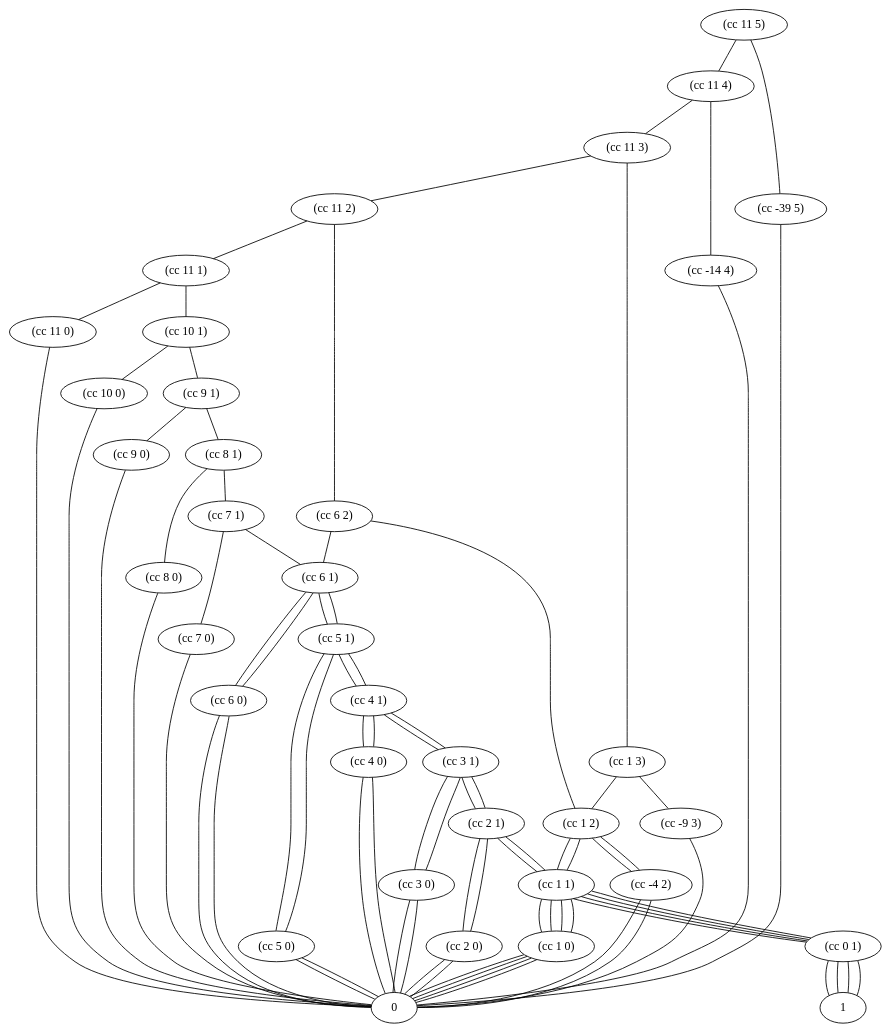
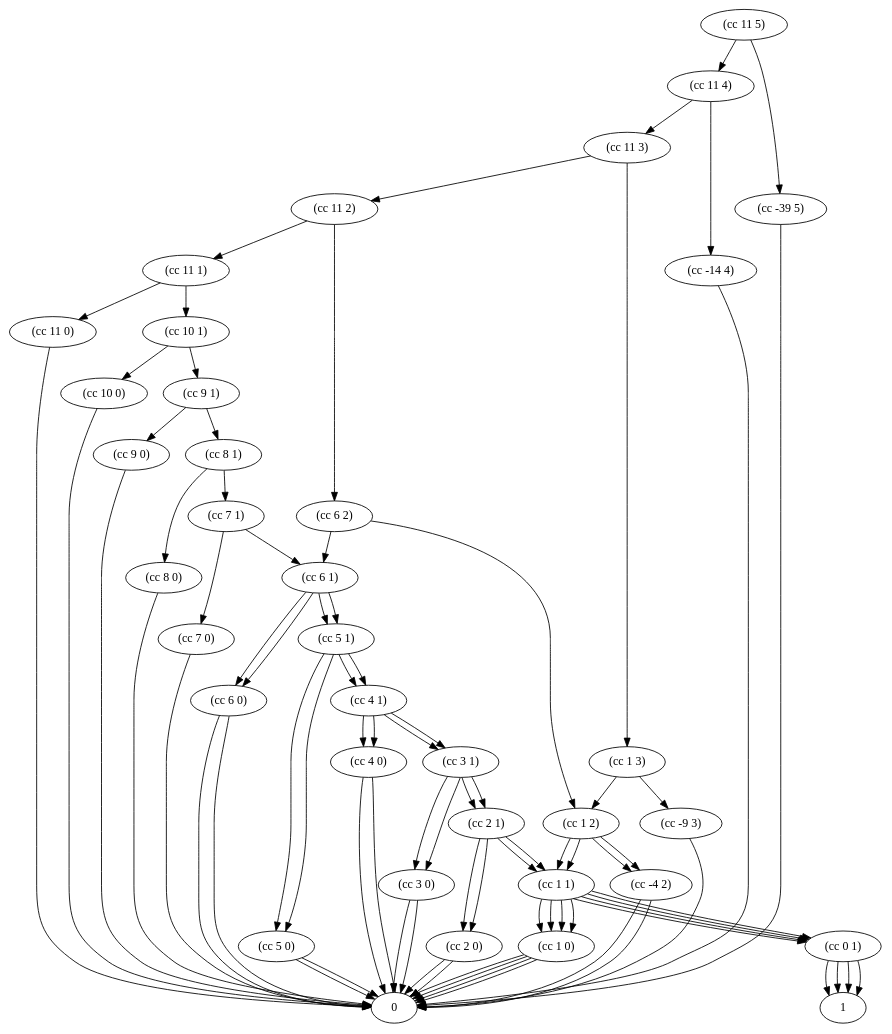
One commit to jlzhjp/sicp changed the diagram in ch1/ex.1.14.dot. Above: the diagram before and after it, drawn with Graphviz. The commit also changed 13 other files, not shown here.

```diff
--- a/ch1/ex.1.14.dot
+++ b/ch1/ex.1.14.dot
@@ -1,84 +1,84 @@
-graph {
-    "(cc 11 5)" -- "(cc 11 4)"
-    "(cc 11 4)" -- "(cc 11 3)"
-    "(cc 11 3)" -- "(cc 11 2)"
-    "(cc 11 2)" -- "(cc 11 1)"
-    "(cc 11 1)" -- "(cc 11 0)"
-    "(cc 11 0)" -- "0"
-    "(cc 11 1)" -- "(cc 10 1)"
-    "(cc 10 1)" -- "(cc 10 0)"
-    "(cc 10 0)" -- "0"
-    "(cc 10 1)" -- "(cc 9 1)"
-    "(cc 9 1)" -- "(cc 9 0)"
-    "(cc 9 0)" -- "0"
-    "(cc 9 1)" -- "(cc 8 1)"
-    "(cc 8 1)" -- "(cc 8 0)"
-    "(cc 8 0)" -- "0"
-    "(cc 8 1)" -- "(cc 7 1)"
-    "(cc 7 1)" -- "(cc 7 0)"
-    "(cc 7 0)" -- "0"
-    "(cc 7 1)" -- "(cc 6 1)"
-    "(cc 6 1)" -- "(cc 6 0)"
-    "(cc 6 0)" -- "0"
-    "(cc 6 1)" -- "(cc 5 1)"
-    "(cc 5 1)" -- "(cc 5 0)"
-    "(cc 5 0)" -- "0"
-    "(cc 5 1)" -- "(cc 4 1)"
-    "(cc 4 1)" -- "(cc 4 0)"
-    "(cc 4 0)" -- "0"
-    "(cc 4 1)" -- "(cc 3 1)"
-    "(cc 3 1)" -- "(cc 3 0)"
-    "(cc 3 0)" -- "0"
-    "(cc 3 1)" -- "(cc 2 1)"
-    "(cc 2 1)" -- "(cc 2 0)"
-    "(cc 2 0)" -- "0"
-    "(cc 2 1)" -- "(cc 1 1)"
-    "(cc 1 1)" -- "(cc 1 0)"
-    "(cc 1 0)" -- "0"
-    "(cc 1 1)" -- "(cc 0 1)"
-    "(cc 0 1)" -- "1"
-    "(cc 11 2)" -- "(cc 6 2)"
-    "(cc 6 2)" -- "(cc 6 1)"
-    "(cc 6 1)" -- "(cc 6 0)"
-    "(cc 6 0)" -- "0"
-    "(cc 6 1)" -- "(cc 5 1)"
-    "(cc 5 1)" -- "(cc 5 0)"
-    "(cc 5 0)" -- "0"
-    "(cc 5 1)" -- "(cc 4 1)"
-    "(cc 4 1)" -- "(cc 4 0)"
-    "(cc 4 0)" -- "0"
-    "(cc 4 1)" -- "(cc 3 1)"
-    "(cc 3 1)" -- "(cc 3 0)"
-    "(cc 3 0)" -- "0"
-    "(cc 3 1)" -- "(cc 2 1)"
-    "(cc 2 1)" -- "(cc 2 0)"
-    "(cc 2 0)" -- "0"
-    "(cc 2 1)" -- "(cc 1 1)"
-    "(cc 1 1)" -- "(cc 1 0)"
-    "(cc 1 0)" -- "0"
-    "(cc 1 1)" -- "(cc 0 1)"
-    "(cc 0 1)" -- "1"
-    "(cc 6 2)" -- "(cc 1 2)"
-    "(cc 1 2)" -- "(cc 1 1)"
-    "(cc 1 1)" -- "(cc 1 0)"
-    "(cc 1 0)" -- "0"
-    "(cc 1 1)" -- "(cc 0 1)"
-    "(cc 0 1)" -- "1"
-    "(cc 1 2)" -- "(cc -4 2)"
-    "(cc -4 2)" -- "0"
-    "(cc 11 3)" -- "(cc 1 3)"
-    "(cc 1 3)" -- "(cc 1 2)"
-    "(cc 1 2)" -- "(cc 1 1)"
-    "(cc 1 1)" -- "(cc 1 0)"
-    "(cc 1 0)" -- "0"
-    "(cc 1 1)" -- "(cc 0 1)"
-    "(cc 0 1)" -- "1"
-    "(cc 1 2)" -- "(cc -4 2)"
-    "(cc -4 2)" -- "0"
-    "(cc 1 3)" -- "(cc -9 3)"
-    "(cc -9 3)" -- "0"
-    "(cc 11 4)" -- "(cc -14 4)"
-    "(cc -14 4)" -- "0"
-    "(cc 11 5)" -- "(cc -39 5)"
-    "(cc -39 5)" -- "0"
+digraph {
+  "(cc 11 5)" -> "(cc 11 4)"
+  "(cc 11 4)" -> "(cc 11 3)"
+  "(cc 11 3)" -> "(cc 11 2)"
+  "(cc 11 2)" -> "(cc 11 1)"
+  "(cc 11 1)" -> "(cc 11 0)"
+  "(cc 11 0)" -> "0"
+  "(cc 11 1)" -> "(cc 10 1)"
+  "(cc 10 1)" -> "(cc 10 0)"
+  "(cc 10 0)" -> "0"
+  "(cc 10 1)" -> "(cc 9 1)"
+  "(cc 9 1)" -> "(cc 9 0)"
+  "(cc 9 0)" -> "0"
+  "(cc 9 1)" -> "(cc 8 1)"
+  "(cc 8 1)" -> "(cc 8 0)"
+  "(cc 8 0)" -> "0"
+  "(cc 8 1)" -> "(cc 7 1)"
+  "(cc 7 1)" -> "(cc 7 0)"
+  "(cc 7 0)" -> "0"
+  "(cc 7 1)" -> "(cc 6 1)"
+  "(cc 6 1)" -> "(cc 6 0)"
+  "(cc 6 0)" -> "0"
+  "(cc 6 1)" -> "(cc 5 1)"
+  "(cc 5 1)" -> "(cc 5 0)"
+  "(cc 5 0)" -> "0"
+  "(cc 5 1)" -> "(cc 4 1)"
+  "(cc 4 1)" -> "(cc 4 0)"
+  "(cc 4 0)" -> "0"
+  "(cc 4 1)" -> "(cc 3 1)"
+  "(cc 3 1)" -> "(cc 3 0)"
+  "(cc 3 0)" -> "0"
+  "(cc 3 1)" -> "(cc 2 1)"
+  "(cc 2 1)" -> "(cc 2 0)"
+  "(cc 2 0)" -> "0"
+  "(cc 2 1)" -> "(cc 1 1)"
+  "(cc 1 1)" -> "(cc 1 0)"
+  "(cc 1 0)" -> "0"
+  "(cc 1 1)" -> "(cc 0 1)"
+  "(cc 0 1)" -> "1"
+  "(cc 11 2)" -> "(cc 6 2)"
+  "(cc 6 2)" -> "(cc 6 1)"
+  "(cc 6 1)" -> "(cc 6 0)"
+  "(cc 6 0)" -> "0"
+  "(cc 6 1)" -> "(cc 5 1)"
+  "(cc 5 1)" -> "(cc 5 0)"
+  "(cc 5 0)" -> "0"
+  "(cc 5 1)" -> "(cc 4 1)"
+  "(cc 4 1)" -> "(cc 4 0)"
+  "(cc 4 0)" -> "0"
+  "(cc 4 1)" -> "(cc 3 1)"
+  "(cc 3 1)" -> "(cc 3 0)"
+  "(cc 3 0)" -> "0"
+  "(cc 3 1)" -> "(cc 2 1)"
+  "(cc 2 1)" -> "(cc 2 0)"
+  "(cc 2 0)" -> "0"
+  "(cc 2 1)" -> "(cc 1 1)"
+  "(cc 1 1)" -> "(cc 1 0)"
+  "(cc 1 0)" -> "0"
+  "(cc 1 1)" -> "(cc 0 1)"
+  "(cc 0 1)" -> "1"
+  "(cc 6 2)" -> "(cc 1 2)"
+  "(cc 1 2)" -> "(cc 1 1)"
+  "(cc 1 1)" -> "(cc 1 0)"
+  "(cc 1 0)" -> "0"
+  "(cc 1 1)" -> "(cc 0 1)"
+  "(cc 0 1)" -> "1"
+  "(cc 1 2)" -> "(cc -4 2)"
+  "(cc -4 2)" -> "0"
+  "(cc 11 3)" -> "(cc 1 3)"
+  "(cc 1 3)" -> "(cc 1 2)"
+  "(cc 1 2)" -> "(cc 1 1)"
+  "(cc 1 1)" -> "(cc 1 0)"
+  "(cc 1 0)" -> "0"
+  "(cc 1 1)" -> "(cc 0 1)"
+  "(cc 0 1)" -> "1"
+  "(cc 1 2)" -> "(cc -4 2)"
+  "(cc -4 2)" -> "0"
+  "(cc 1 3)" -> "(cc -9 3)"
+  "(cc -9 3)" -> "0"
+  "(cc 11 4)" -> "(cc -14 4)"
+  "(cc -14 4)" -> "0"
+  "(cc 11 5)" -> "(cc -39 5)"
+  "(cc -39 5)" -> "0"
 }
```
